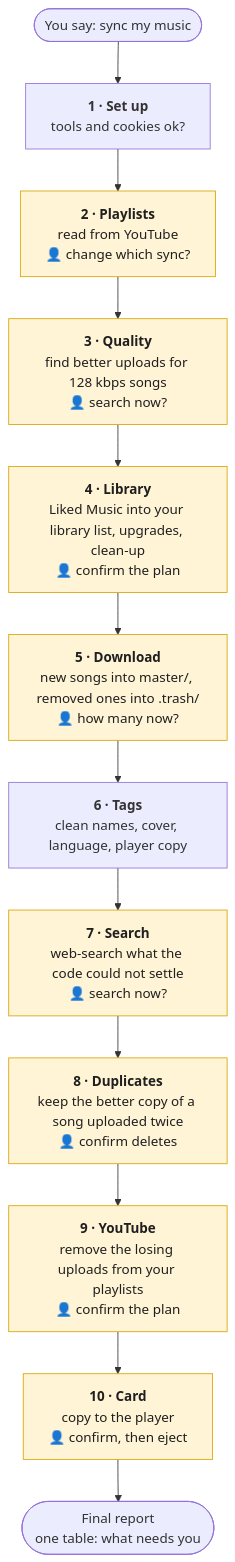
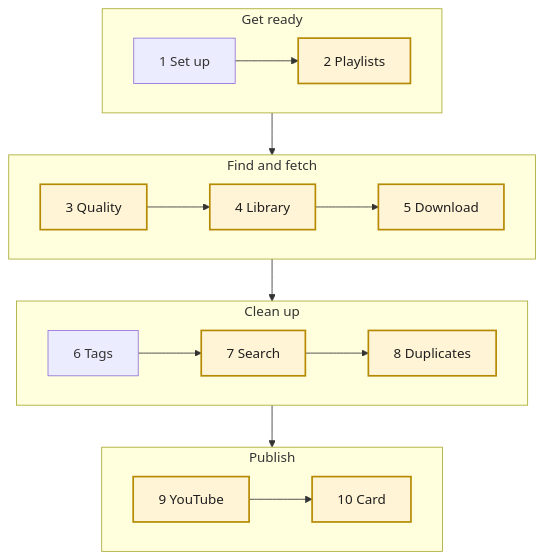
Before and after one commit to mohitjain/runsync: the first of 2 diagrams in README.md, drawn with Mermaid. The commit also changed other lines of this file, not shown here.

Commit message:
README: redesign the flow diagram as four phases with short labels (#11)
One run diagram grouped into Get ready / Find and fetch / Clean up / Publish,
amber bordered steps that ask you first, the safety loop as one sentence, and a
simpler where-your-music-lives diagram.

````diff
--- a/README.md
+++ b/README.md
@@ -33,17 +33,23 @@
 ```mermaid
-flowchart TD
-    start(["You say: sync my music"]) --> s1
-    s1["<b>1 · Set up</b><br/>tools and cookies ok?"] --> s2
-    s2["<b>2 · Playlists</b><br/>read from YouTube<br/>👤 change which sync?"] --> s3
-    s3["<b>3 · Quality</b><br/>find better uploads for 128 kbps songs<br/>👤 search now?"] --> s4
-    s4["<b>4 · Library</b><br/>Liked Music into your library list, upgrades, clean-up<br/>👤 confirm the plan"] --> s5
-    s5["<b>5 · Download</b><br/>new songs into master/, removed ones into .trash/<br/>👤 how many now?"] --> s6
-    s6["<b>6 · Tags</b><br/>clean names, cover, language, player copy"] --> s7
-    s7["<b>7 · Search</b><br/>web-search what the code could not settle<br/>👤 search now?"] --> s8
-    s8["<b>8 · Duplicates</b><br/>keep the better copy of a song uploaded twice<br/>👤 confirm deletes"] --> s9
-    s9["<b>9 · YouTube</b><br/>remove the losing uploads from your playlists<br/>👤 confirm the plan"] --> s10
-    s10["<b>10 · Card</b><br/>copy to the player<br/>👤 confirm, then eject"] --> done(["Final report<br/>one table: what needs you"])
+flowchart TB
+    subgraph A["Get ready"]
+        direction LR
+        s1["1 Set up"] --> s2["2 Playlists"]
+    end
+    subgraph B["Find and fetch"]
+        direction LR
+        s3["3 Quality"] --> s4["4 Library"] --> s5["5 Download"]
+    end
+    subgraph C["Clean up"]
+        direction LR
+        s6["6 Tags"] --> s7["7 Search"] --> s8["8 Duplicates"]
+    end
+    subgraph D["Publish"]
+        direction LR
+        s9["9 YouTube"] --> s10["10 Card"]
+    end
+    A --> B --> C --> D
 
-    classDef gate fill:#fff4d6,stroke:#d9a400,color:#1f1f1f
-    class s2,s3,s4,s5,s7,s8,s9,s10 gate
+    classDef ask fill:#fff4d6,stroke:#b58900,stroke-width:2px,color:#1f1f1f
+    class s2,s3,s4,s5,s7,s8,s9,s10 ask
 ```
````
